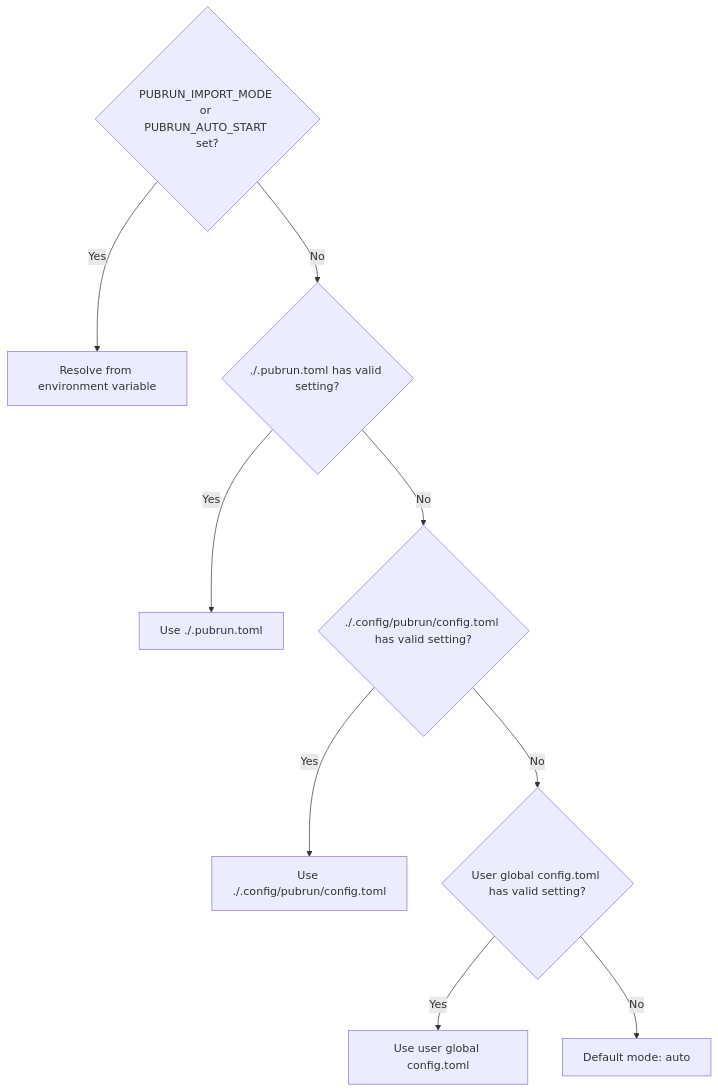
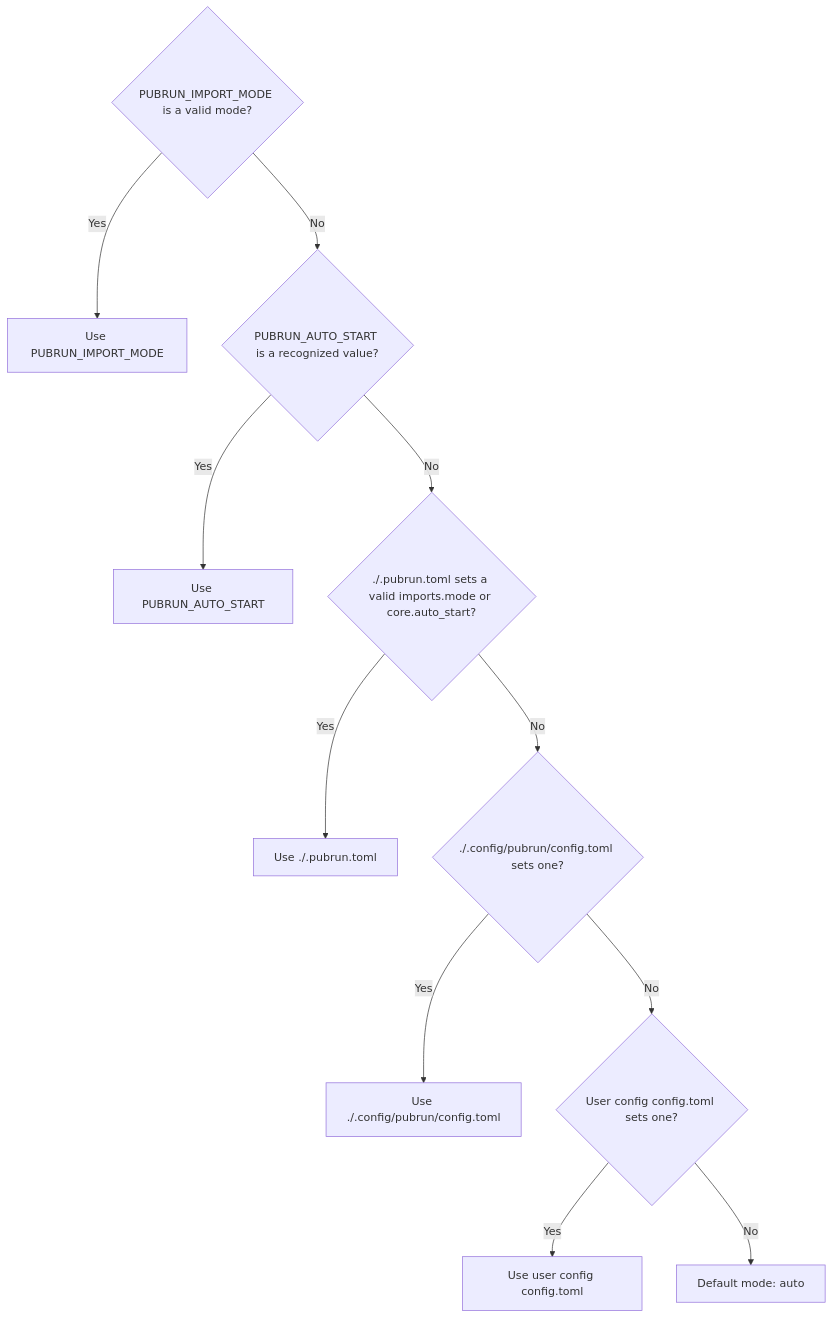
Before and after one commit to fariello/pubrun: the diagram in .aw/records/plans/pending/20261123-2rhs16-01-mspqm6-sync-functional-spec-and-architecture-docs-with-multi-file-b.ipd.md, drawn with Mermaid. The commit also changed other lines of this file and 1 other file, not shown here.

````diff
--- a/.aw/records/plans/pending/20261123-2rhs16-01-mspqm6-sync-functional-spec-and-architecture-docs-with-multi-file-b.ipd.md
+++ b/.aw/records/plans/pending/20261123-2rhs16-01-mspqm6-sync-functional-spec-and-architecture-docs-with-multi-file-b.ipd.md
@@ -63,11 +79,13 @@
 ```mermaid
 flowchart TD
-    E{PUBRUN_IMPORT_MODE or PUBRUN_AUTO_START set?} -->|Yes| ENV[Resolve from environment variable]
-    E -->|No| F1{./.pubrun.toml has valid setting?}
+    M{PUBRUN_IMPORT_MODE is a valid mode?} -->|Yes| ENVM[Use PUBRUN_IMPORT_MODE]
+    M -->|No| A{PUBRUN_AUTO_START is a recognized value?}
+    A -->|Yes| ENVA[Use PUBRUN_AUTO_START]
+    A -->|No| F1{./.pubrun.toml sets a valid imports.mode or core.auto_start?}
     F1 -->|Yes| USE1[Use ./.pubrun.toml]
-    F1 -->|No| F2{./.config/pubrun/config.toml has valid setting?}
+    F1 -->|No| F2{./.config/pubrun/config.toml sets one?}
     F2 -->|Yes| USE2[Use ./.config/pubrun/config.toml]
-    F2 -->|No| F3{User global config.toml has valid setting?}
-    F3 -->|Yes| USE3[Use user global config.toml]
+    F2 -->|No| F3{User config config.toml sets one?}
+    F3 -->|Yes| USE3[Use user config config.toml]
     F3 -->|No| DEF[Default mode: auto]
 ```
````
